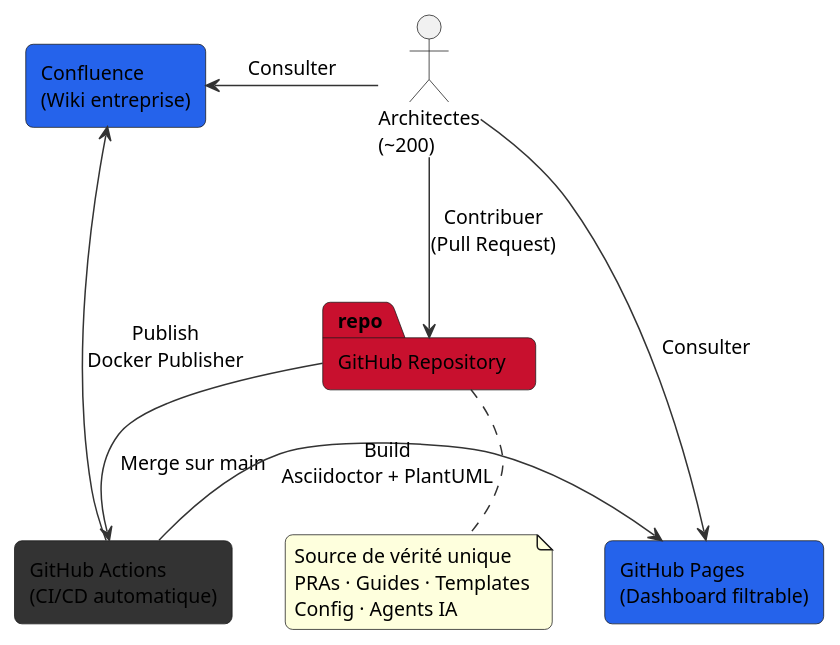
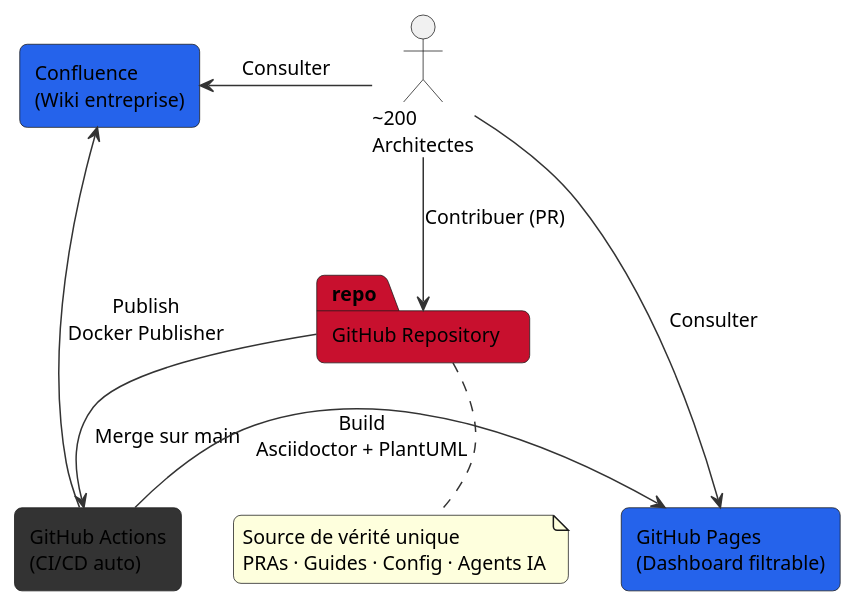
Before and after one commit to KiyaliHQ/proven-reusable-architecture: the first of 6 diagrams in content/pras/fr/overview.adoc, drawn with PlantUML. The commit also changed other lines of this file and 2 other files, not shown here.

```diff
--- a/content/pras/fr/overview.adoc
+++ b/content/pras/fr/overview.adoc
@@ -14,34 +30,32 @@
 [plantuml]
 ----
 @startuml
 skinparam backgroundColor transparent
-skinparam defaultFontName "Segoe UI"
 skinparam defaultFontSize 13
 skinparam shadowing false
 skinparam roundCorner 10
 skinparam ArrowColor #333333
 
-actor "Architectes\n(~200)" as arch
+actor "~200\nArchitectes" as arch
 
 package "GitHub Repository" as repo #c8102e {
 }
 
-rectangle "GitHub Actions\n(CI/CD automatique)" as ci #333333
+rectangle "GitHub Actions\n(CI/CD auto)" as ci #333333
 
 rectangle "GitHub Pages\n(Dashboard filtrable)" as ghp #2563eb
 rectangle "Confluence\n(Wiki entreprise)" as conf #2563eb
 
-arch -down-> repo : Contribuer\n(Pull Request)
+arch -down-> repo : Contribuer (PR)
 repo -down-> ci : Merge sur main
 ci -right-> ghp : Build\nAsciidoctor + PlantUML
 ci -left-> conf : Publish\nDocker Publisher
 arch -right-> ghp : Consulter
 arch -left-> conf : Consulter
 
 note bottom of repo
   Source de vérité unique
-  PRAs · Guides · Templates
-  Config · Agents IA
+  PRAs · Guides · Config · Agents IA
 end note
 @enduml
 ----
```
